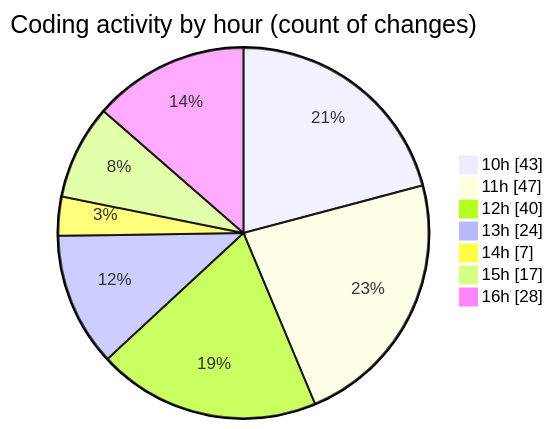
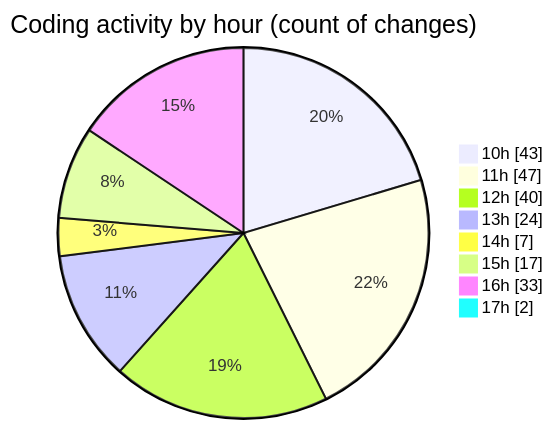
Before and after one commit to momahboobian/code-tracking: the second of 2 diagrams in 2025-02-10/cda/README.md, drawn with Mermaid. The commit also changed other lines of this file and 1 other file, not shown here.

````diff
--- a/2025-02-10/cda/README.md
+++ b/2025-02-10/cda/README.md
@@ -35,11 +35,12 @@
 ```mermaid
 pie showData
 title Coding activity by hour (count of changes)
 "10h" : 43
 "11h" : 47
 "12h" : 40
 "13h" : 24
 "14h" : 7
 "15h" : 17
-"16h" : 28
+"16h" : 33
+"17h" : 2
 ```
````
